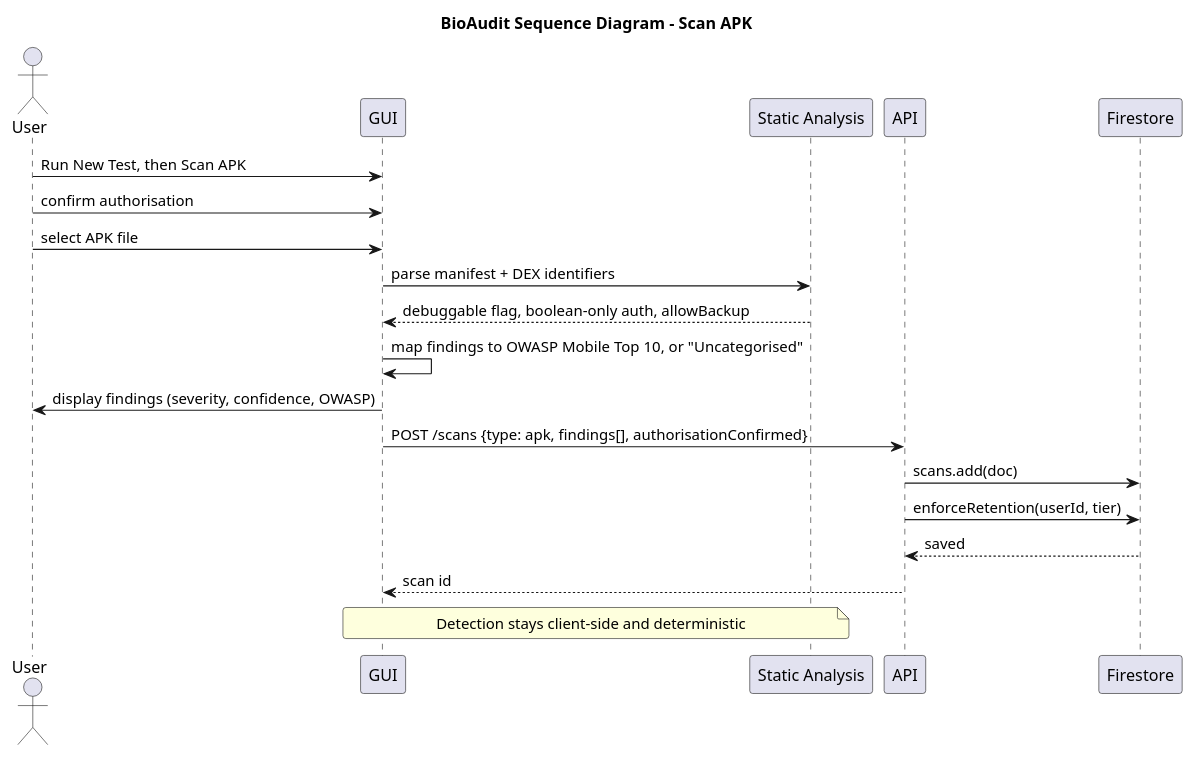
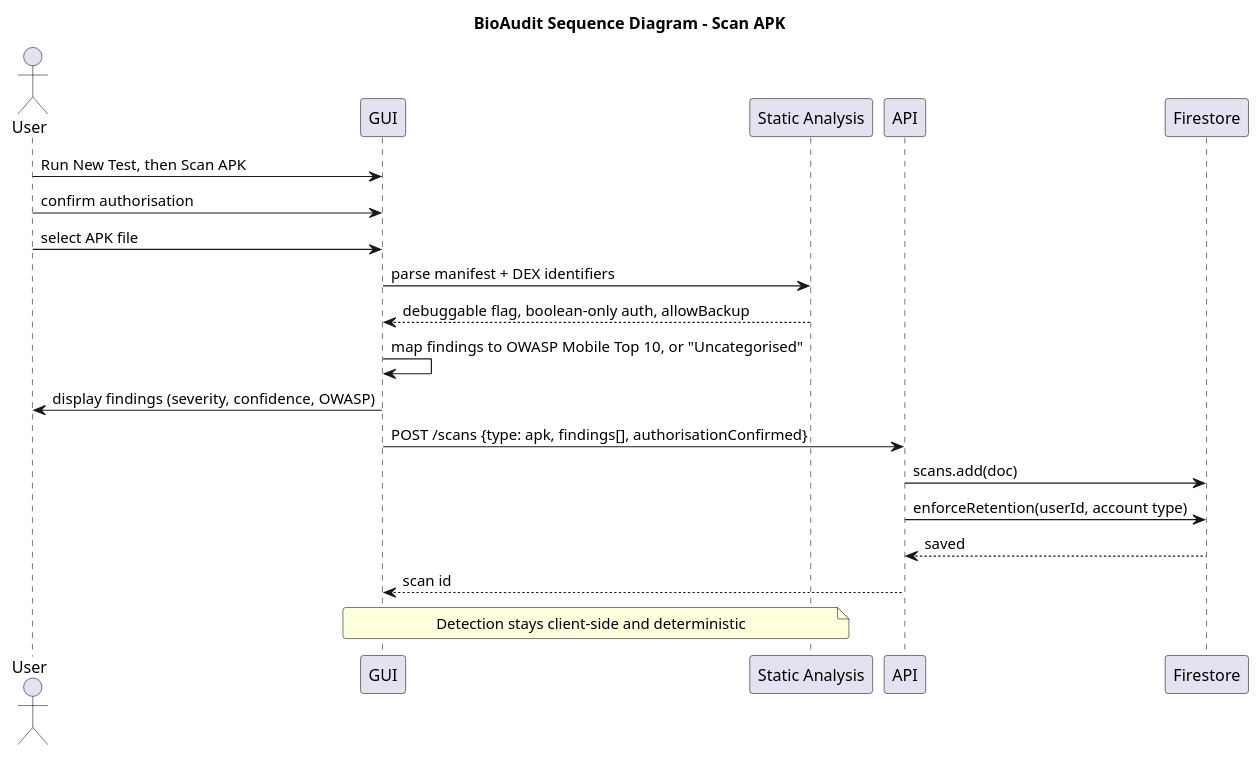
One commit to FYP-UOW-2026/Final_Year_Project changed the second of 7 diagrams in backend/docs/TDM-sequence-diagrams-plantuml.md. Above: the diagram before and after it, drawn with PlantUML. The commit also changed other lines of this file and 9 other files, not shown here.

````diff
--- a/backend/docs/TDM-sequence-diagrams-plantuml.md
+++ b/backend/docs/TDM-sequence-diagrams-plantuml.md
@@ -62,36 +62,36 @@
 ```plantuml
 @startuml
 title BioAudit Sequence Diagram - Scan APK
 
 skinparam roundCorner 5
 skinparam ParticipantBorderColor #181818
 skinparam ParticipantBorderThickness 0.5
 skinparam ParticipantFontColor #000000
 skinparam ParticipantFontSize 14
 skinparam ActorBorderColor #181818
 skinparam ActorFontColor #000000
 skinparam ActorFontSize 14
 skinparam SequenceLifeLineBorderColor #181818
 skinparam SequenceLifeLineBorderThickness 0.5
 
 actor User
 participant GUI
 participant "Static Analysis" as SA
 participant API
 participant Firestore
 
 User -> GUI: Run New Test, then Scan APK
 User -> GUI: confirm authorisation
 User -> GUI: select APK file
 GUI -> SA: parse manifest + DEX identifiers
 SA --> GUI: debuggable flag, boolean-only auth, allowBackup
 GUI -> GUI: map findings to OWASP Mobile Top 10, or "Uncategorised"
 GUI -> User: display findings (severity, confidence, OWASP)
 GUI -> API: POST /scans {type: apk, findings[], authorisationConfirmed}
 API -> Firestore: scans.add(doc)
-API -> Firestore: enforceRetention(userId, tier)
+API -> Firestore: enforceRetention(userId, account type)
 Firestore --> API: saved
 API --> GUI: scan id
 note over SA, GUI: Detection stays client-side and deterministic
 @enduml
 ```
````
